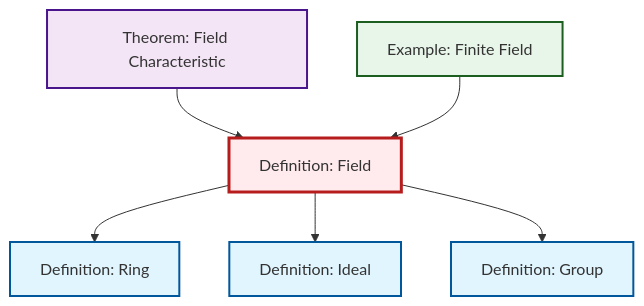
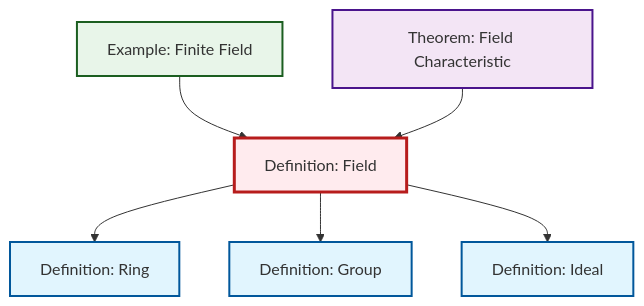
The diagram in output/mermaid/def-field.mermaid (RK0429/ModernMath), drawn with Mermaid before and after one commit. The commit also changed other lines of this file and 1250 other files, not shown here.

```diff
--- a/output/mermaid/def-field.mermaid
+++ b/output/mermaid/def-field.mermaid
@@ -1,19 +1,19 @@
 %%| fig-cap: "Local dependency graph"
 graph TD
     classDef definition fill:#e1f5fe,stroke:#01579b,stroke-width:2px
     classDef theorem fill:#f3e5f5,stroke:#4a148c,stroke-width:2px
     classDef axiom fill:#fff3e0,stroke:#e65100,stroke-width:2px
     classDef example fill:#e8f5e9,stroke:#1b5e20,stroke-width:2px
     classDef current fill:#ffebee,stroke:#b71c1c,stroke-width:3px
+    def-field["Definition: Field"]:::definition
+    def-group["Definition: Group"]:::definition
     def-ring["Definition: Ring"]:::definition
-    def-field["Definition: Field"]:::definition
     def-ideal["Definition: Ideal"]:::definition
     thm-field-characteristic["Theorem: Field Characteristic"]:::theorem
     ex-finite-field["Example: Finite Field"]:::example
-    def-group["Definition: Group"]:::definition
+    def-field --> def-ring
+    ex-finite-field --> def-field
+    def-field --> def-group
+    def-field --> def-ideal
     thm-field-characteristic --> def-field
-    ex-finite-field --> def-field
-    def-field --> def-ring
-    def-field --> def-ideal
-    def-field --> def-group
     class def-field current
```
